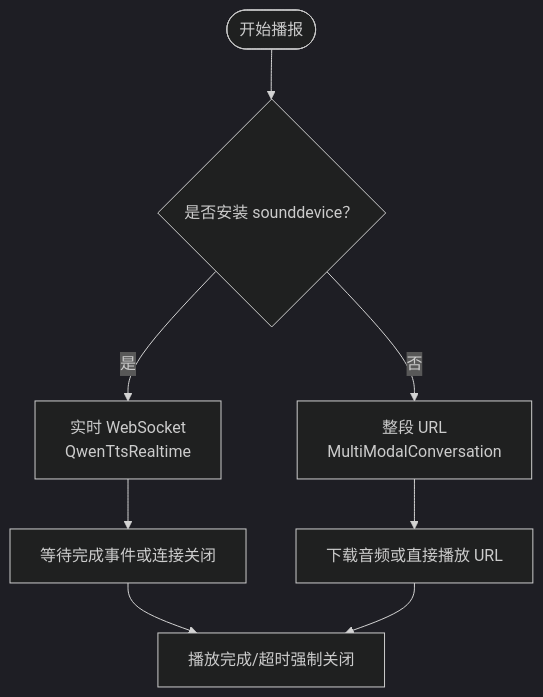
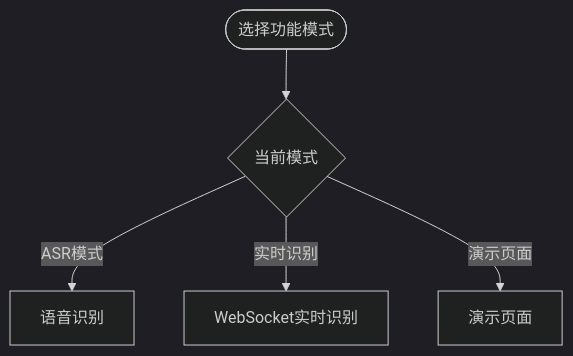
Before and after one commit to 1024dashen/Vue3Speech: the fifth of 7 diagrams in .qoder/repowiki/zh/content/语音合成服务/语音合成服务.md, drawn with Mermaid (dark theme). The commit also changed other lines of this file and 6 other files, not shown here.

````diff
--- a/.qoder/repowiki/zh/content/语音合成服务/语音合成服务.md
+++ b/.qoder/repowiki/zh/content/语音合成服务/语音合成服务.md
@@ -235,10 +194,7 @@
 ```mermaid
 flowchart TD
-Start(["开始播报"]) --> Mode{"是否安装 sounddevice？"}
-Mode --> |是| RT["实时 WebSocket<br/>QwenTtsRealtime"]
-Mode --> |否| URL["整段 URL<br/>MultiModalConversation"]
-RT --> Wait["等待完成事件或连接关闭"]
-Wait --> Done["播放完成/超时强制关闭"]
-URL --> Fetch["下载音频或直接播放 URL"]
-Fetch --> Done
+Start(["选择功能模式"]) --> Mode{"当前模式"}
+Mode --> |ASR模式| ASR["语音识别"]
+Mode --> |实时识别| WS["WebSocket实时识别"]
+Mode --> |演示页面| Demo["演示页面"]
 ```
````
